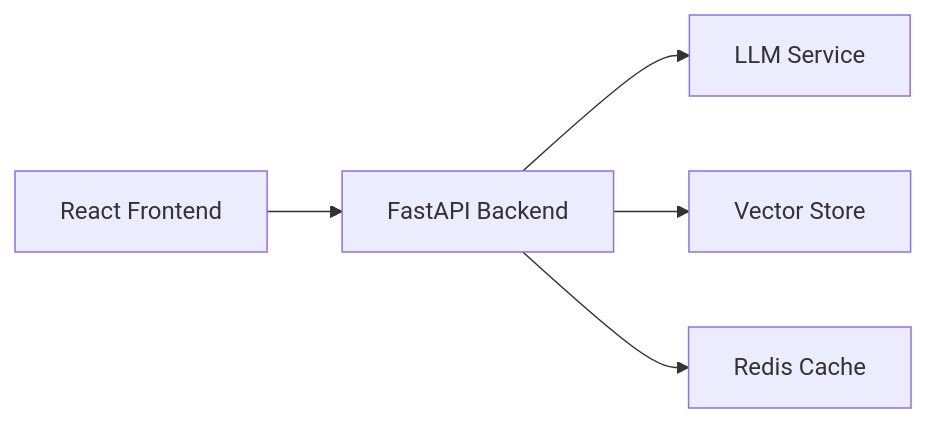
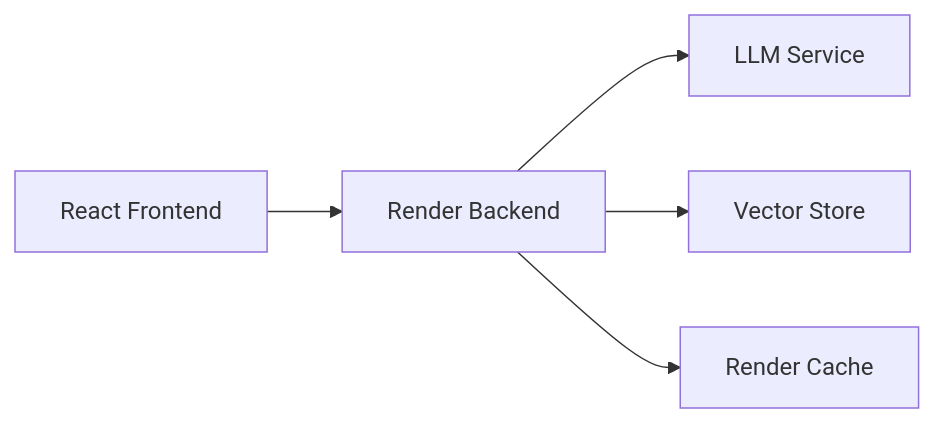
One commit to ZivHoch/myPortfolio changed the diagram in README.md. Above: the diagram before and after it, drawn with Mermaid. The commit also changed other lines of this file and 2 other files, not shown here.

````diff
--- a/README.md
+++ b/README.md
@@ -20,7 +18,7 @@
 ```mermaid
 graph LR
-    A[React Frontend] --> B[FastAPI Backend]
+    A[React Frontend] --> B[Render Backend]
     B --> C[LLM Service]
     B --> D[Vector Store]
-    B --> E[Redis Cache]
+    B --> E[Render Cache]
 ```
````
